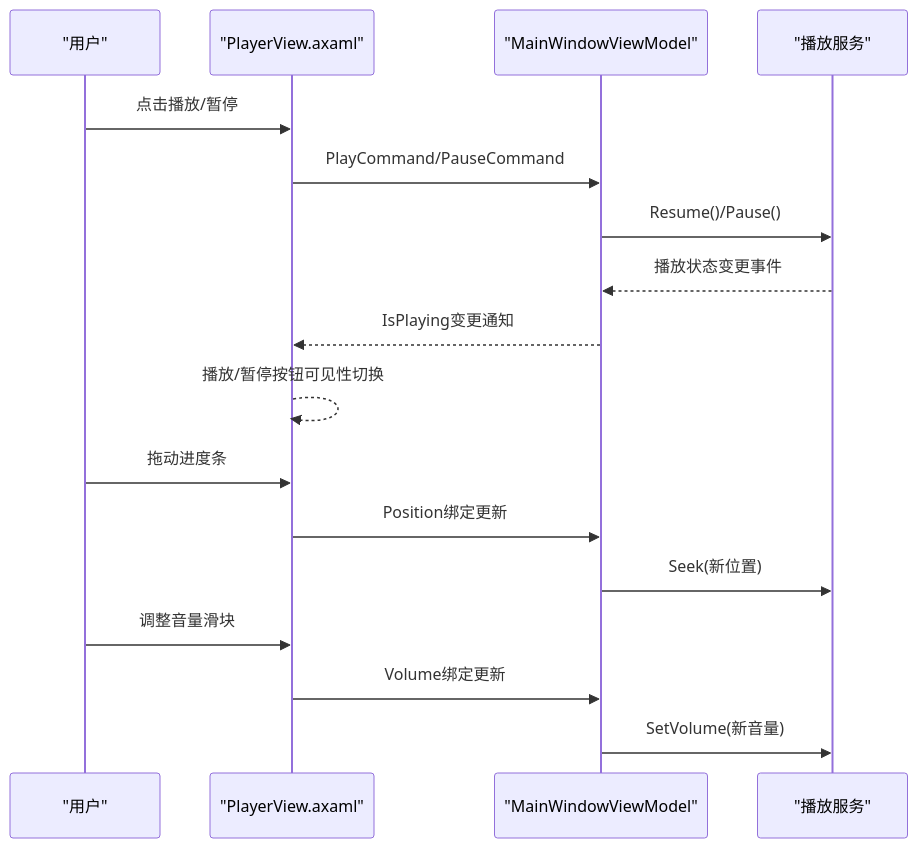
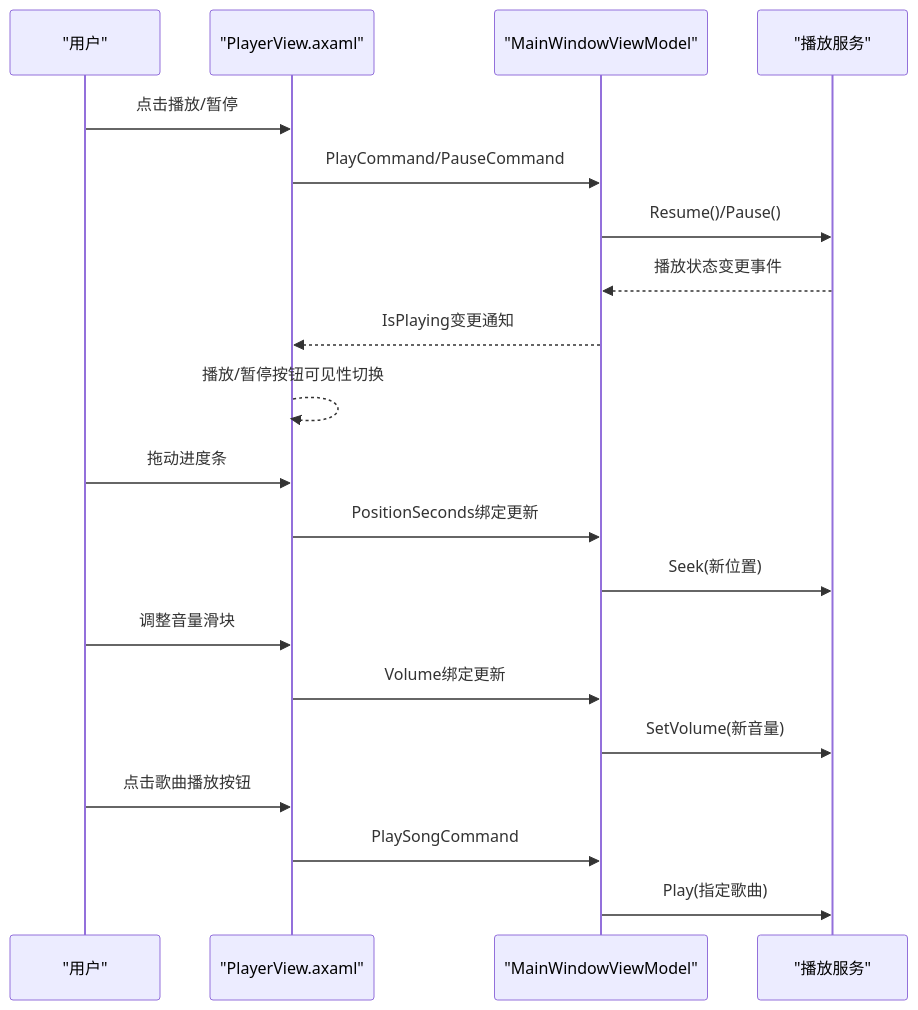
The fourth of 8 diagrams in .qoder/repowiki/zh/content/用户界面层/用户界面层.md (mariamjensen42-glitch/LocalMusicPlayer), drawn with Mermaid before and after one commit. The commit also changed other lines of this file and 14 other files, not shown here.

````diff
--- a/.qoder/repowiki/zh/content/用户界面层/用户界面层.md
+++ b/.qoder/repowiki/zh/content/用户界面层/用户界面层.md
@@ -223,19 +251,22 @@
 ```mermaid
 sequenceDiagram
 participant U as "用户"
 participant PV as "PlayerView.axaml"
 participant VM as "MainWindowViewModel"
 participant PS as "播放服务"
 U->>PV : 点击播放/暂停
 PV->>VM : PlayCommand/PauseCommand
 VM->>PS : Resume()/Pause()
 PS-->>VM : 播放状态变更事件
 VM-->>PV : IsPlaying变更通知
 PV-->>PV : 播放/暂停按钮可见性切换
 U->>PV : 拖动进度条
-PV->>VM : Position绑定更新
+PV->>VM : PositionSeconds绑定更新
 VM->>PS : Seek(新位置)
 U->>PV : 调整音量滑块
 PV->>VM : Volume绑定更新
 VM->>PS : SetVolume(新音量)
+U->>PV : 点击歌曲播放按钮
+PV->>VM : PlaySongCommand
+VM->>PS : Play(指定歌曲)
 ```
````
